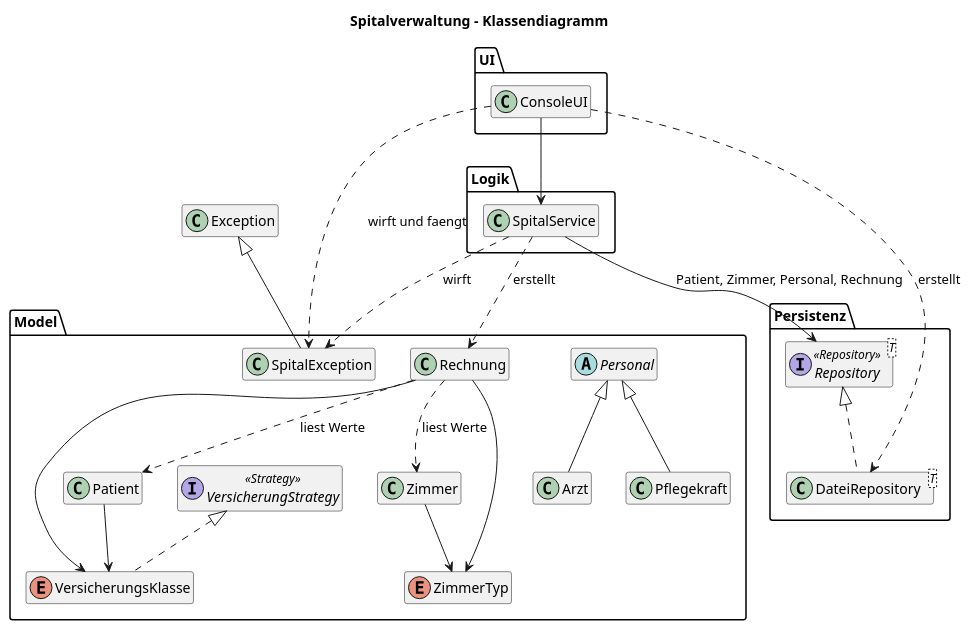
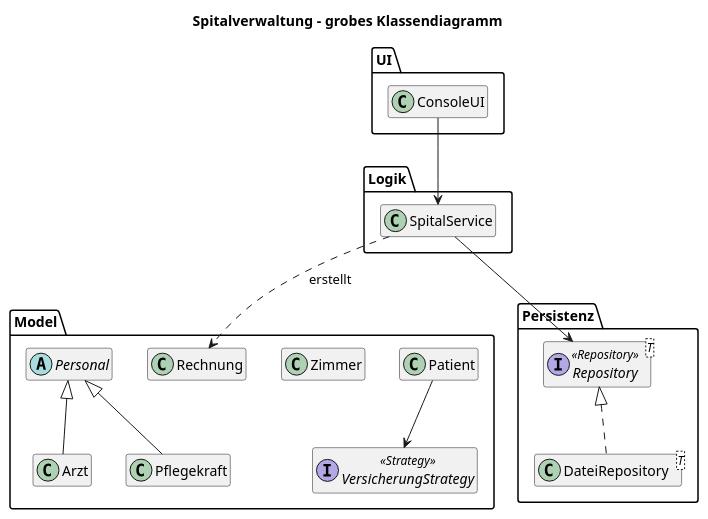
One commit to Chime456/M320_OOP changed the second of 5 diagrams in M4_Spital/Kompetenznachweis.md. Above: the diagram before and after it, drawn with PlantUML. The commit also changed other lines of this file, not shown here.

Commit message:
M4: Kompetenznachweis neu geschrieben und getestete Use Cases dokumentiert

````diff
--- a/M4_Spital/Kompetenznachweis.md
+++ b/M4_Spital/Kompetenznachweis.md
@@ -141,53 +115,38 @@
 ```plantuml
 @startuml
-title Spitalverwaltung - Klassendiagramm
+title Spitalverwaltung - grobes Klassendiagramm
 hide members
 
 package "UI" {
   class ConsoleUI
 }
 
 package "Logik" {
   class SpitalService
 }
 
 package "Model" {
   class Patient
   class Zimmer
+  class Rechnung
   abstract class Personal
   class Arzt
   class Pflegekraft
-  class Rechnung
-  enum ZimmerTyp
   interface VersicherungStrategy <<Strategy>>
-  enum VersicherungsKlasse
-  class SpitalException
 }
 
 package "Persistenz" {
   interface "Repository<T>" as Repository <<Repository>>
   class "DateiRepository<T>" as DateiRepository
 }
 
 Personal <|-- Arzt
 Personal <|-- Pflegekraft
-Exception <|-- SpitalException
-
-VersicherungStrategy <|.. VersicherungsKlasse
 Repository <|.. DateiRepository
 
 ConsoleUI --> SpitalService
-SpitalService --> Repository : Patient, Zimmer, Personal, Rechnung
+SpitalService --> Repository
 SpitalService ..> Rechnung : erstellt
-SpitalService ..> SpitalException : wirft
-ConsoleUI ..> SpitalException : wirft und faengt
-ConsoleUI ..> DateiRepository : erstellt
-
-Patient --> VersicherungsKlasse
-Zimmer --> ZimmerTyp
-Rechnung --> ZimmerTyp
-Rechnung --> VersicherungsKlasse
-Rechnung ..> Patient : liest Werte
-Rechnung ..> Zimmer : liest Werte
+Patient --> VersicherungStrategy
 @enduml
 ```
````
